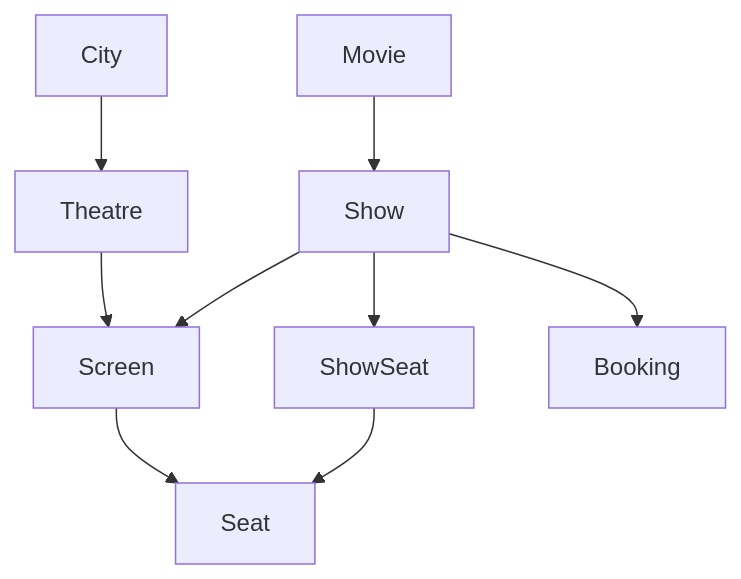
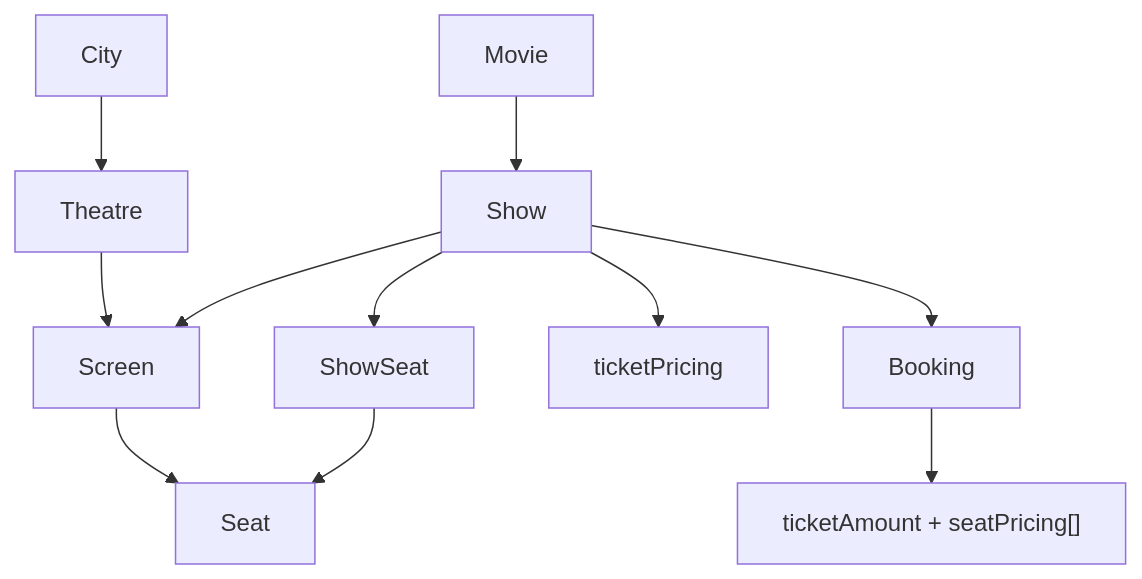
Before and after one commit to Shravan-509/BookMyShow: the second of 12 diagrams in docs/ARCHITECTURE.md, drawn with Mermaid. The commit also changed other lines of this file and 13 other files, not shown here.

Commit message:
docs(show-seats): document Phase 4B booking and pricing integration

````diff
--- a/docs/ARCHITECTURE.md
+++ b/docs/ARCHITECTURE.md
@@ -122,11 +122,13 @@
 ```mermaid
 flowchart TD
     City["City"] --> Theatre["Theatre"]
     Theatre --> Screen["Screen"]
     Screen --> Seat["Seat"]
     Movie["Movie"] --> Show["Show"]
     Show --> Screen
     Show --> ShowSeat["ShowSeat"]
     ShowSeat --> Seat
+    Show --> Pricing["ticketPricing"]
     Show --> Booking["Booking"]
+    Booking --> BookingPricing["ticketAmount + seatPricing[]"]
 ```
````
